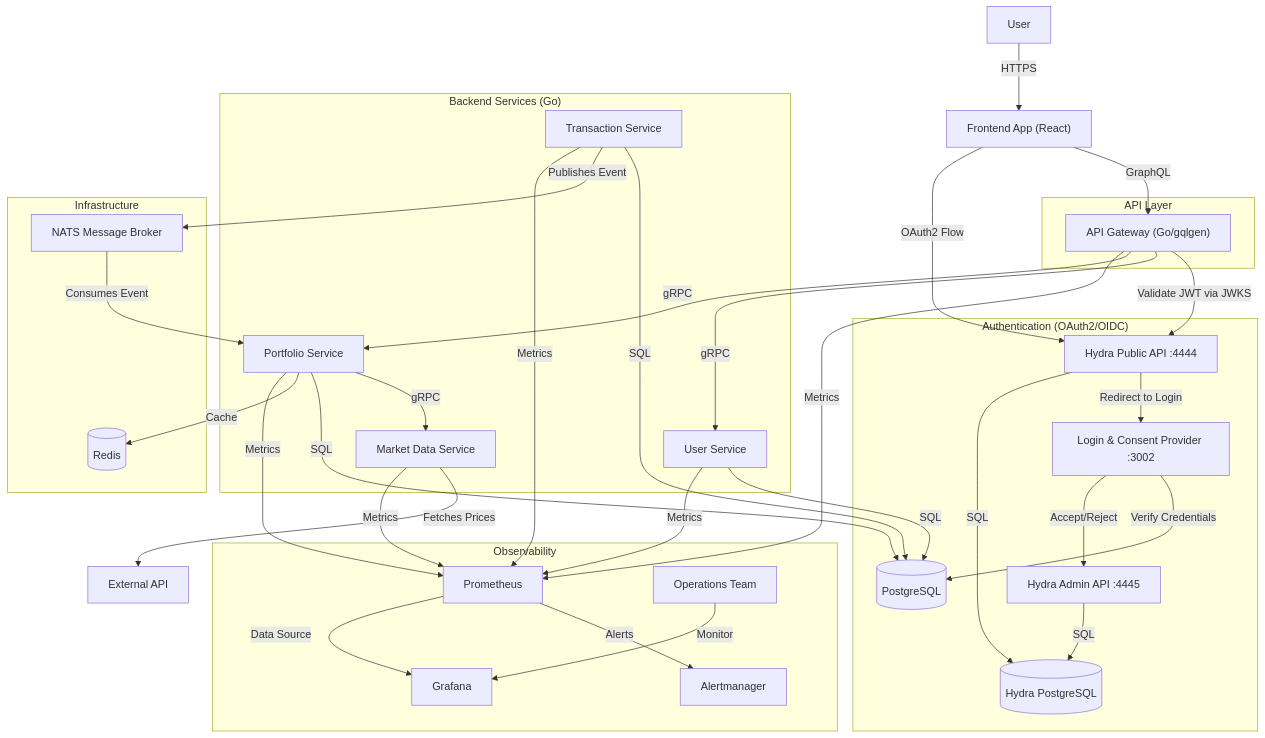
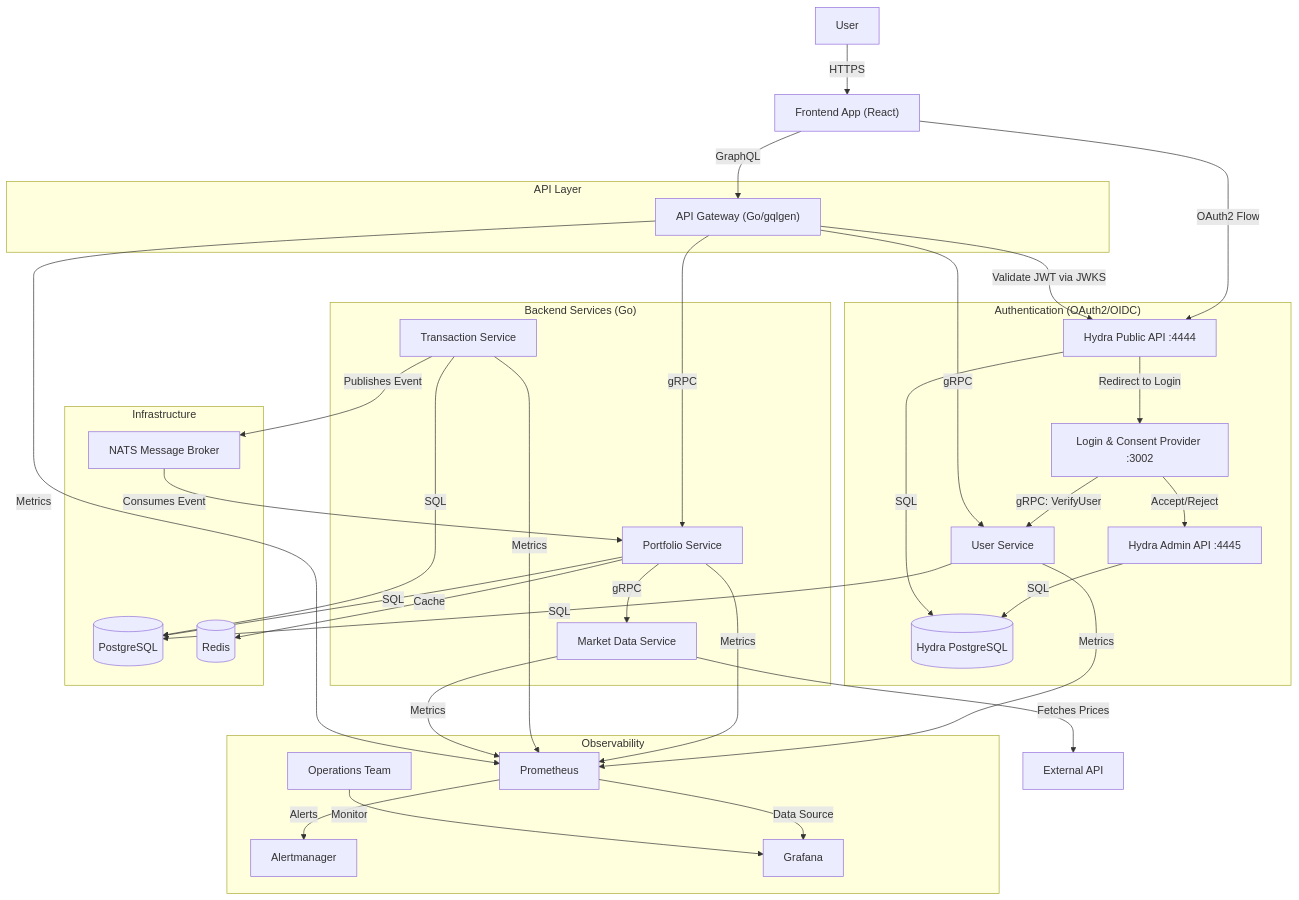
The first of 4 diagrams in README.md (garcios/portfolio-insights), drawn with Mermaid before and after one commit. The commit also changed other lines of this file and 20 other files, not shown here.

Commit message:
refactor: Migrate login-consent-provider to use gRPC user-service for authentication instead of direct database access.

````diff
--- a/README.md
+++ b/README.md
@@ -11,59 +11,59 @@
 ```mermaid
 graph TD
     User[User] -->|HTTPS| Frontend["Frontend App (React)"]
     
     subgraph "API Layer"
         Gateway["API Gateway (Go/gqlgen)"]
     end
 
     Frontend -->|GraphQL| Gateway
     Frontend -->|OAuth2 Flow| HydraPublic["Hydra Public API :4444"]
     Gateway -->|Validate JWT via JWKS| HydraPublic
     
     subgraph "Authentication (OAuth2/OIDC)"
         HydraPublic -->|Redirect to Login| LoginConsent["Login & Consent Provider :3002"]
-        LoginConsent -->|Verify Credentials| DB
-        LoginConsent -->|Accept/Reject| HydraAdmin["Hydra Admin API :4445"]
-        HydraAdmin -->|SQL| HydraDB[(Hydra PostgreSQL)]
-        HydraPublic -->|SQL| HydraDB
+        LoginConsent --> |gRPC: VerifyUser| UserService
+        LoginConsent --> |Accept/Reject| HydraAdmin["Hydra Admin API :4445"]
+        HydraAdmin --> |SQL| HydraDB[(Hydra PostgreSQL)]
+        HydraPublic --> |SQL| HydraDB
     end
     
     subgraph "Backend Services (Go)"
         UserService[User Service]
         PortfolioService[Portfolio Service]
         MarketData[Market Data Service]
         TransactionService[Transaction Service]
         
         PortfolioService -->|gRPC| MarketData
     end
 
     Gateway -->|gRPC| UserService
     Gateway -->|gRPC| PortfolioService
     MarketData -->|Fetches Prices| ExternalAPI["External API"]
     
     subgraph "Infrastructure"
         DB[(PostgreSQL)]
         NATS[NATS Message Broker]
         Redis[(Redis)]
     end
 
     UserService -->|SQL| DB
     PortfolioService -->|SQL| DB
     TransactionService -->|SQL| DB
     PortfolioService -->|Cache| Redis
     TransactionService -->|Publishes Event| NATS
     NATS -->|Consumes Event| PortfolioService
     
     subgraph "Observability"
         UserService -->|Metrics| Prometheus[Prometheus]
         PortfolioService -->|Metrics| Prometheus
         TransactionService -->|Metrics| Prometheus
         MarketData -->|Metrics| Prometheus
         Gateway -->|Metrics| Prometheus
         
         Prometheus -->|Alerts| Alertmanager[Alertmanager]
         Prometheus -->|Data Source| Grafana[Grafana]
         
         Ops[Operations Team] -->|Monitor| Grafana
     end
 ```
````
